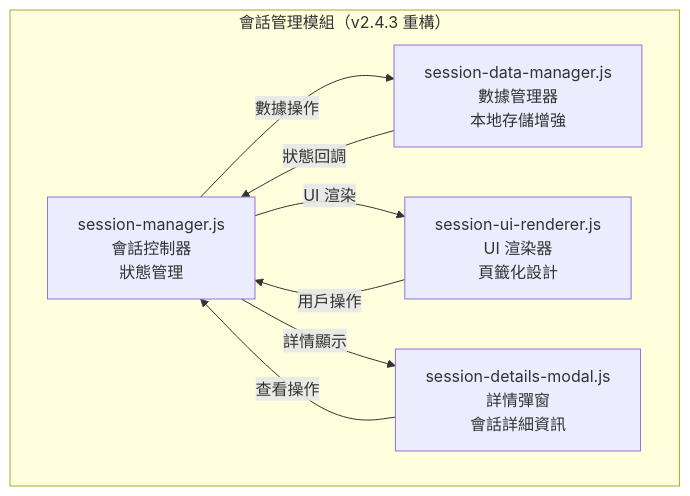
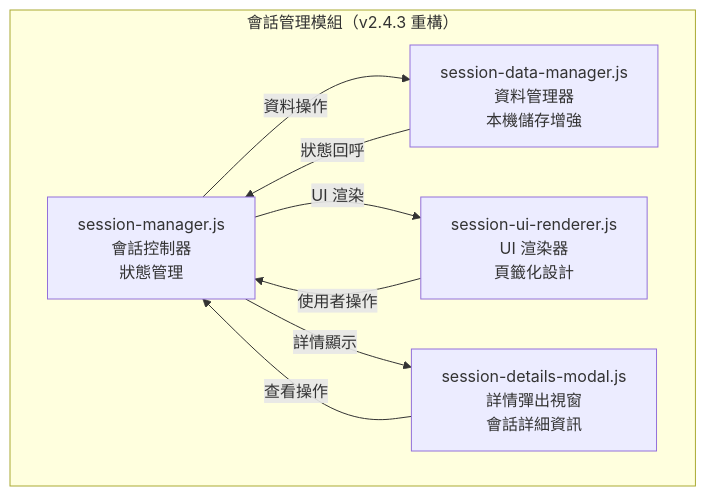
The seventh of 12 diagrams in docs/architecture/component-details.md (CloudEngineHub/mcp-feedback-enhanced), drawn with Mermaid before and after one commit. The commit also changed other lines of this file, not shown here.

````diff
--- a/docs/architecture/component-details.md
+++ b/docs/architecture/component-details.md
@@ -569,16 +569,16 @@
 ```mermaid
 graph TB
     subgraph "會話管理模組（v2.4.3 重構）"
         SM[session-manager.js<br/>會話控制器<br/>狀態管理]
-        SDM[session-data-manager.js<br/>數據管理器<br/>本地存儲增強]
+        SDM[session-data-manager.js<br/>資料管理器<br/>本機儲存增強]
         SUR[session-ui-renderer.js<br/>UI 渲染器<br/>頁籤化設計]
-        SDM_MODAL[session-details-modal.js<br/>詳情彈窗<br/>會話詳細資訊]
+        SDM_MODAL[session-details-modal.js<br/>詳情彈出視窗<br/>會話詳細資訊]
     end
 
-    SM -->|數據操作| SDM
+    SM -->|資料操作| SDM
     SM -->|UI 渲染| SUR
     SM -->|詳情顯示| SDM_MODAL
-    SDM -->|狀態回調| SM
-    SUR -->|用戶操作| SM
+    SDM -->|狀態回呼| SM
+    SUR -->|使用者操作| SM
     SDM_MODAL -->|查看操作| SM
 ```
````
